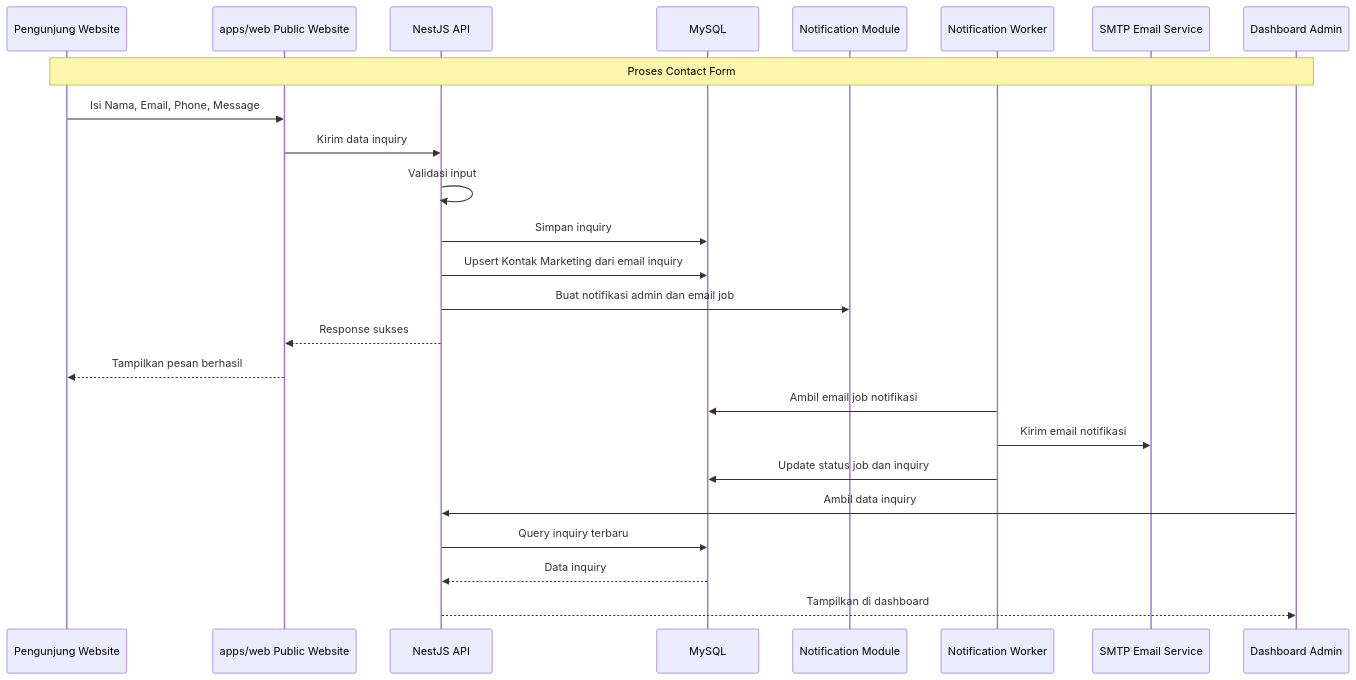
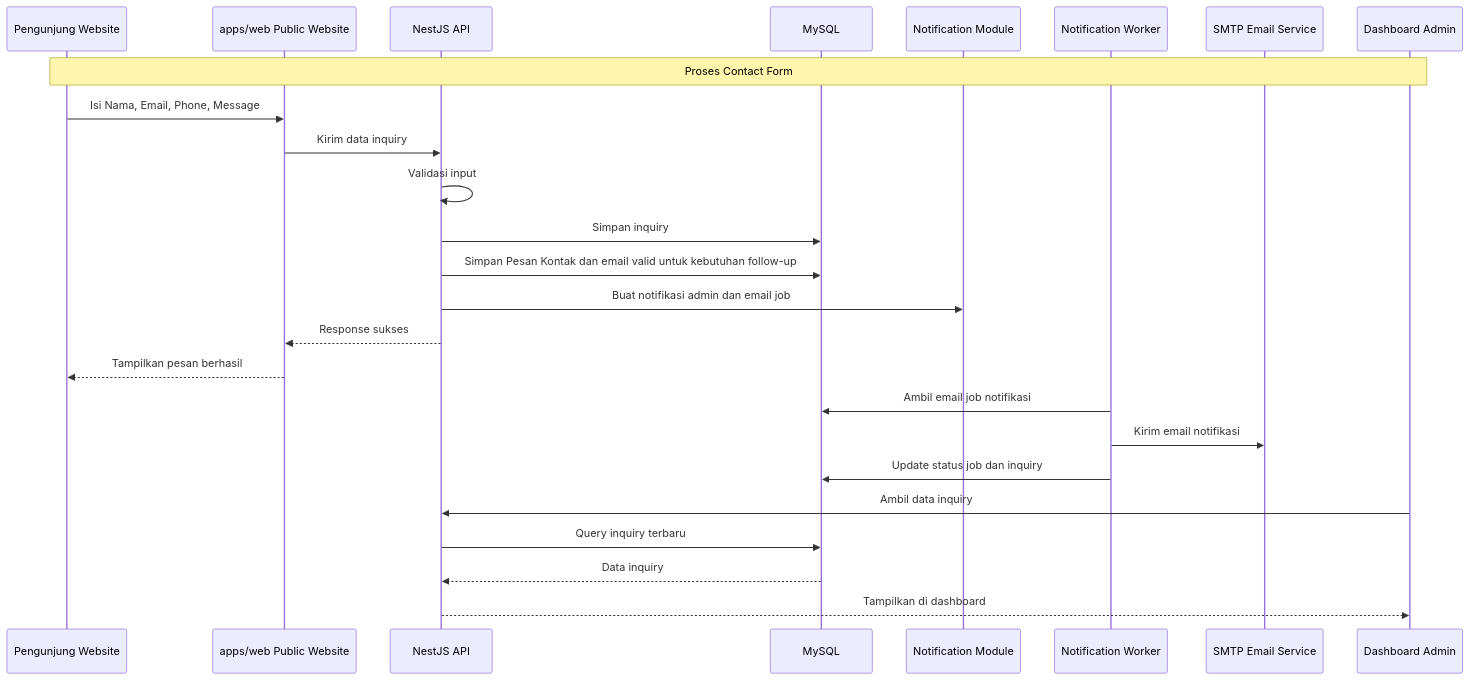
One commit to AmandaYora/indobraga-company-profile changed the second of 6 diagrams in PRD.md. Above: the diagram before and after it, drawn with Mermaid. The commit also changed other lines of this file and 15 other files, not shown here.

Commit message:
feat: simplify email blast recipient flow

````diff
--- a/PRD.md
+++ b/PRD.md
@@ -491,29 +492,29 @@
 ```mermaid
 sequenceDiagram
     participant Visitor as Pengunjung Website
     participant Web as apps/web Public Website
     participant API as NestJS API
     participant DB as MySQL
     participant Notif as Notification Module
     participant Worker as Notification Worker
     participant Mail as SMTP Email Service
     participant Admin as Dashboard Admin
 
     Note over Visitor, Admin: Proses Contact Form
 
     Visitor->>Web: Isi Nama, Email, Phone, Message
     Web->>API: Kirim data inquiry
     API->>API: Validasi input
     API->>DB: Simpan inquiry
-    API->>DB: Upsert Kontak Marketing dari email inquiry
+    API->>DB: Simpan Pesan Kontak dan email valid untuk kebutuhan follow-up
     API->>Notif: Buat notifikasi admin dan email job
     API-->>Web: Response sukses
     Web-->>Visitor: Tampilkan pesan berhasil
     Worker->>DB: Ambil email job notifikasi
     Worker->>Mail: Kirim email notifikasi
     Worker->>DB: Update status job dan inquiry
     Admin->>API: Ambil data inquiry
     API->>DB: Query inquiry terbaru
     DB-->>API: Data inquiry
     API-->>Admin: Tampilkan di dashboard
 ```
````
